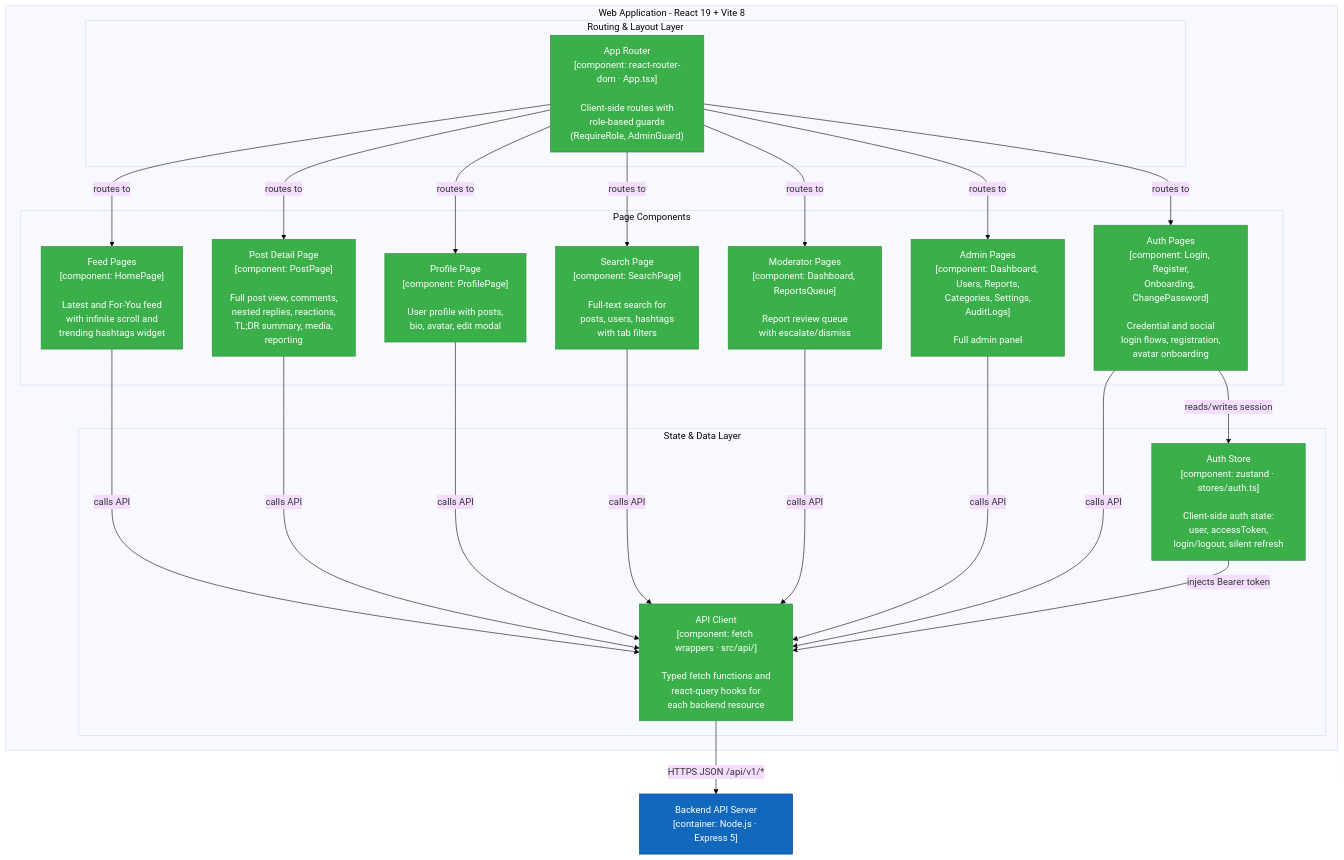
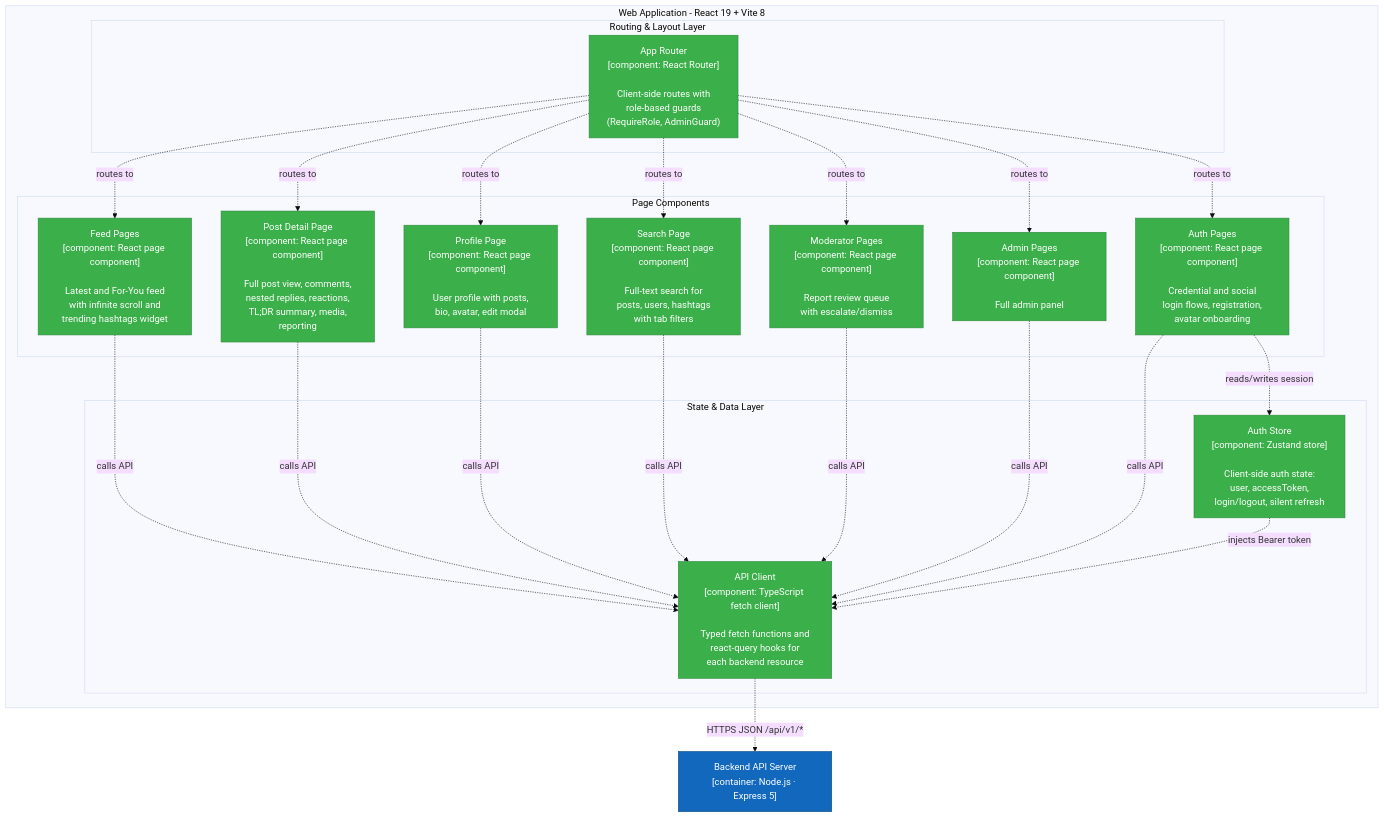
The third of 5 diagrams in ARCHITECTURE.md (anvn12/FOZ), drawn with Mermaid (base theme) before and after one commit. The commit also changed other lines of this file, not shown here.

Commit message:
docs: fix level 1, 2,3 diagrams. Changes to match the whole codebase

````diff
--- a/ARCHITECTURE.md
+++ b/ARCHITECTURE.md
@@ -230,53 +230,53 @@
 ```mermaid
 flowchart TD
     API_EXT["Backend API Server<br/>[container: Node.js · Express 5]"]
 
     subgraph spa ["Web Application - React 19 + Vite 8"]
 
         subgraph routing ["Routing & Layout Layer"]
-            Router["App Router<br/>[component: react-router-dom · App.tsx]<br/><br/>Client-side routes with<br/>role-based guards<br/>(RequireRole, AdminGuard)"]
+            Router["App Router<br/>[component: React Router]<br/><br/>Client-side routes with<br/>role-based guards<br/>(RequireRole, AdminGuard)"]
         end
 
         subgraph pages ["Page Components"]
-            FeedPages["Feed Pages<br/>[component: HomePage]<br/><br/>Latest and For-You feed<br/>with infinite scroll and<br/>trending hashtags widget"]
-            PostPage["Post Detail Page<br/>[component: PostPage]<br/><br/>Full post view, comments,<br/>nested replies, reactions,<br/>TL;DR summary, media,<br/>reporting"]
-            ProfilePage["Profile Page<br/>[component: ProfilePage]<br/><br/>User profile with posts,<br/>bio, avatar, edit modal"]
-            SearchPage["Search Page<br/>[component: SearchPage]<br/><br/>Full-text search for<br/>posts, users, hashtags<br/>with tab filters"]
-            AuthPages["Auth Pages<br/>[component: Login, Register,<br/>Onboarding, ChangePassword]<br/><br/>Credential and social<br/>login flows, registration,<br/>avatar onboarding"]
-            ModPages["Moderator Pages<br/>[component: Dashboard, ReportsQueue]<br/><br/>Report review queue<br/>with escalate/dismiss"]
-            AdminPages["Admin Pages<br/>[component: Dashboard, Users, Reports,<br/>Categories, Settings,<br/>AuditLogs]<br/><br/>Full admin panel"]
+            FeedPages["Feed Pages<br/>[component: React page component]<br/><br/>Latest and For-You feed<br/>with infinite scroll and<br/>trending hashtags widget"]
+            PostPage["Post Detail Page<br/>[component: React page component]<br/><br/>Full post view, comments,<br/>nested replies, reactions,<br/>TL;DR summary, media,<br/>reporting"]
+            ProfilePage["Profile Page<br/>[component: React page component]<br/><br/>User profile with posts,<br/>bio, avatar, edit modal"]
+            SearchPage["Search Page<br/>[component: React page component]<br/><br/>Full-text search for<br/>posts, users, hashtags<br/>with tab filters"]
+            AuthPages["Auth Pages<br/>[component: React page component]<br/><br/>Credential and social<br/>login flows, registration,<br/>avatar onboarding"]
+            ModPages["Moderator Pages<br/>[component: React page component]<br/><br/>Report review queue<br/>with escalate/dismiss"]
+            AdminPages["Admin Pages<br/>[component: React page component]<br/><br/>Full admin panel"]
         end
 
         subgraph state ["State & Data Layer"]
-            AuthStore["Auth Store<br/>[component: zustand · stores/auth.ts]<br/><br/>Client-side auth state:<br/>user, accessToken,<br/>login/logout, silent refresh"]
-            APIClient["API Client<br/>[component: fetch wrappers · src/api/]<br/><br/>Typed fetch functions and<br/>react-query hooks for<br/>each backend resource"]
+            AuthStore["Auth Store<br/>[component: Zustand store]<br/><br/>Client-side auth state:<br/>user, accessToken,<br/>login/logout, silent refresh"]
+            APIClient["API Client<br/>[component: TypeScript fetch client]<br/><br/>Typed fetch functions and<br/>react-query hooks for<br/>each backend resource"]
         end
     end
 
-    Router -- "routes to" --> FeedPages
-    Router -- "routes to" --> PostPage
-    Router -- "routes to" --> ProfilePage
-    Router -- "routes to" --> SearchPage
-    Router -- "routes to" --> AuthPages
-    Router -- "routes to" --> ModPages
-    Router -- "routes to" --> AdminPages
+    Router -. "routes to" .-> FeedPages
+    Router -. "routes to" .-> PostPage
+    Router -. "routes to" .-> ProfilePage
+    Router -. "routes to" .-> SearchPage
+    Router -. "routes to" .-> AuthPages
+    Router -. "routes to" .-> ModPages
+    Router -. "routes to" .-> AdminPages
 
-    FeedPages -- "calls API" --> APIClient
-    PostPage -- "calls API" --> APIClient
-    ProfilePage -- "calls API" --> APIClient
-    SearchPage -- "calls API" --> APIClient
-    ModPages -- "calls API" --> APIClient
-    AdminPages -- "calls API" --> APIClient
-    AuthPages -- "reads/writes session" --> AuthStore
-    AuthPages -- "calls API" --> APIClient
+    FeedPages -. "calls API" .-> APIClient
+    PostPage -. "calls API" .-> APIClient
+    ProfilePage -. "calls API" .-> APIClient
+    SearchPage -. "calls API" .-> APIClient
+    ModPages -. "calls API" .-> APIClient
+    AdminPages -. "calls API" .-> APIClient
+    AuthPages -. "reads/writes session" .-> AuthStore
+    AuthPages -. "calls API" .-> APIClient
 
-    AuthStore -- "injects Bearer token" --> APIClient
-    APIClient -- "HTTPS JSON /api/v1/*" --> API_EXT
+    AuthStore -. "injects Bearer token" .-> APIClient
+    APIClient -. "HTTPS JSON /api/v1/*" .-> API_EXT
 
     classDef system fill:#1168bd,stroke:#0b4884,color:#fff
     classDef comp fill:#3baf4a,stroke:#2d8a3a,color:#fff
 
     class API_EXT system
     class Router,FeedPages,PostPage,ProfilePage,SearchPage,AuthPages,ModPages,AdminPages comp
     class AuthStore,APIClient comp
 ```
````
